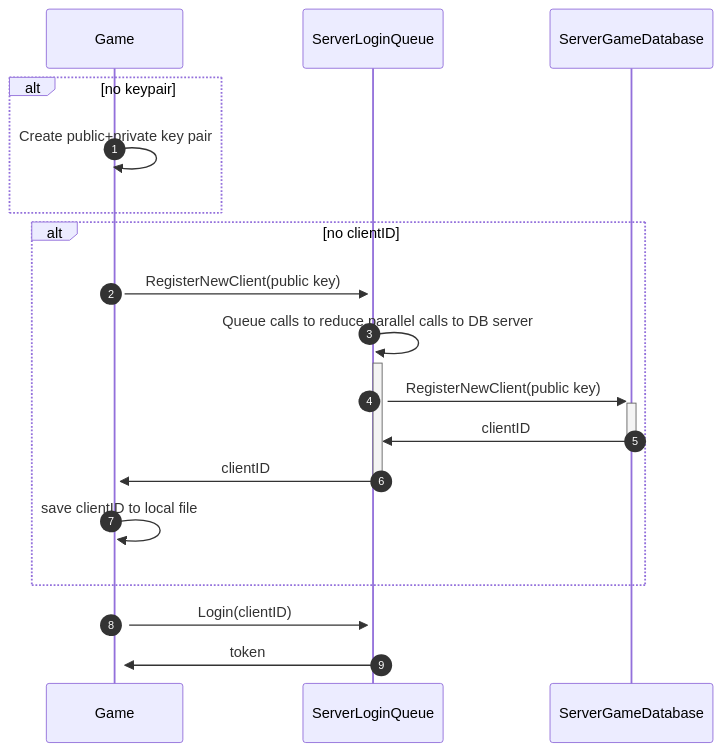
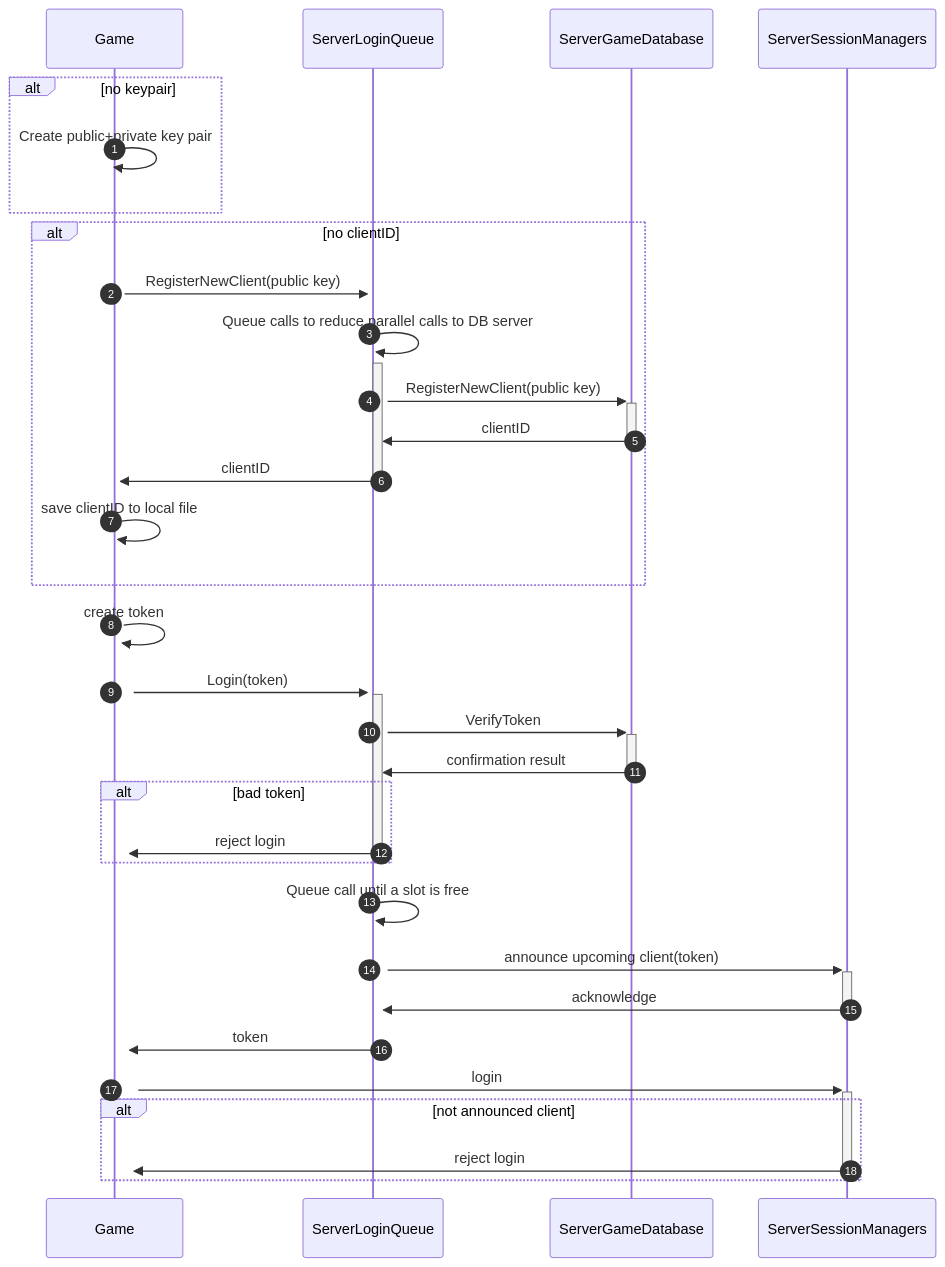
Before and after one commit to funjobie/OpenSwordArtsVR: the third of 3 diagrams in ServerArchitecture.md, drawn with Mermaid.

Commit message:
more details for login queue

````diff
--- a/ServerArchitecture.md
+++ b/ServerArchitecture.md
@@ -136,19 +136,30 @@
 ```mermaid
 sequenceDiagram
     autonumber
     alt no keypair
         Game->>+Game: Create public+private key pair
     end
     alt no clientID
         Game->>+ServerLoginQueue: RegisterNewClient(public key)
         ServerLoginQueue->>+ServerLoginQueue: Queue calls to reduce parallel calls to DB server
         ServerLoginQueue->>+ServerGameDatabase: RegisterNewClient(public key)
         ServerGameDatabase->>-ServerLoginQueue: clientID
         ServerLoginQueue->>-Game: clientID
         Game->>+Game: save clientID to local file
     end
-    Game->>+ServerLoginQueue: Login(clientID)
-        %%todo continue
+    Game->>+Game: create token
+    Game->>+ServerLoginQueue: Login(token)
+    ServerLoginQueue->>+ServerGameDatabase: VerifyToken
+    ServerGameDatabase->>-ServerLoginQueue: confirmation result
+    alt bad token
+        ServerLoginQueue->>-Game: reject login
+    end
+    ServerLoginQueue->>+ServerLoginQueue: Queue call until a slot is free
+    ServerLoginQueue->>+ServerSessionManagers: announce upcoming client(token)
+    ServerSessionManagers->>-ServerLoginQueue: acknowledge
     ServerLoginQueue->>+Game: token
-    
+    Game->>+ServerSessionManagers: login
+    alt not announced client
+        ServerSessionManagers->>-Game: reject login
+    end
 ```
````
